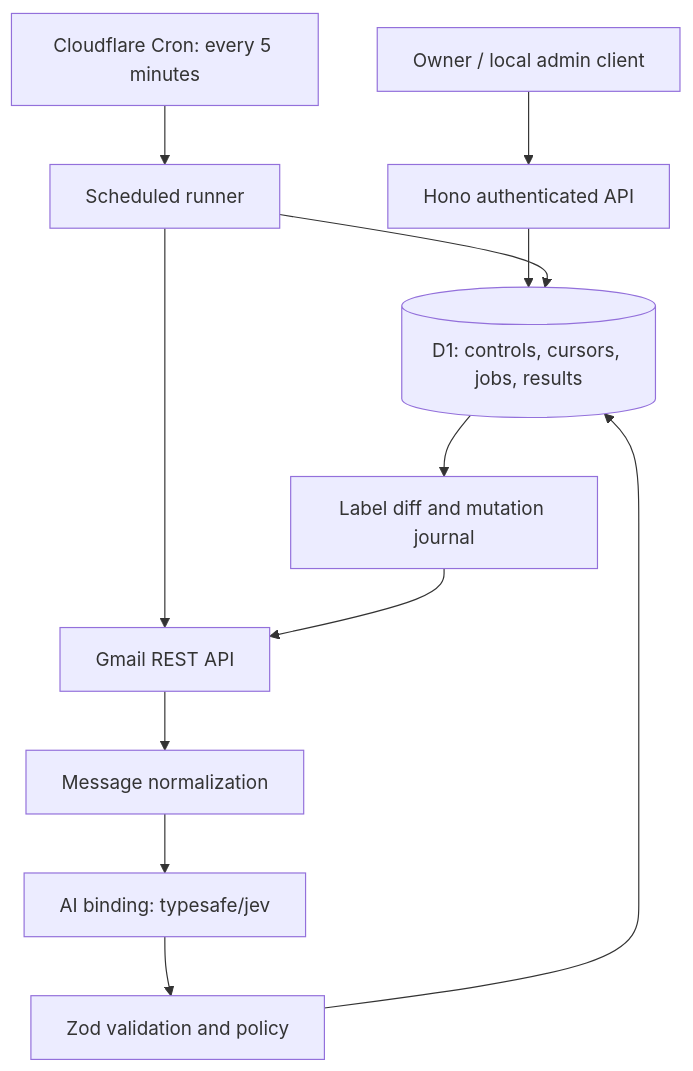
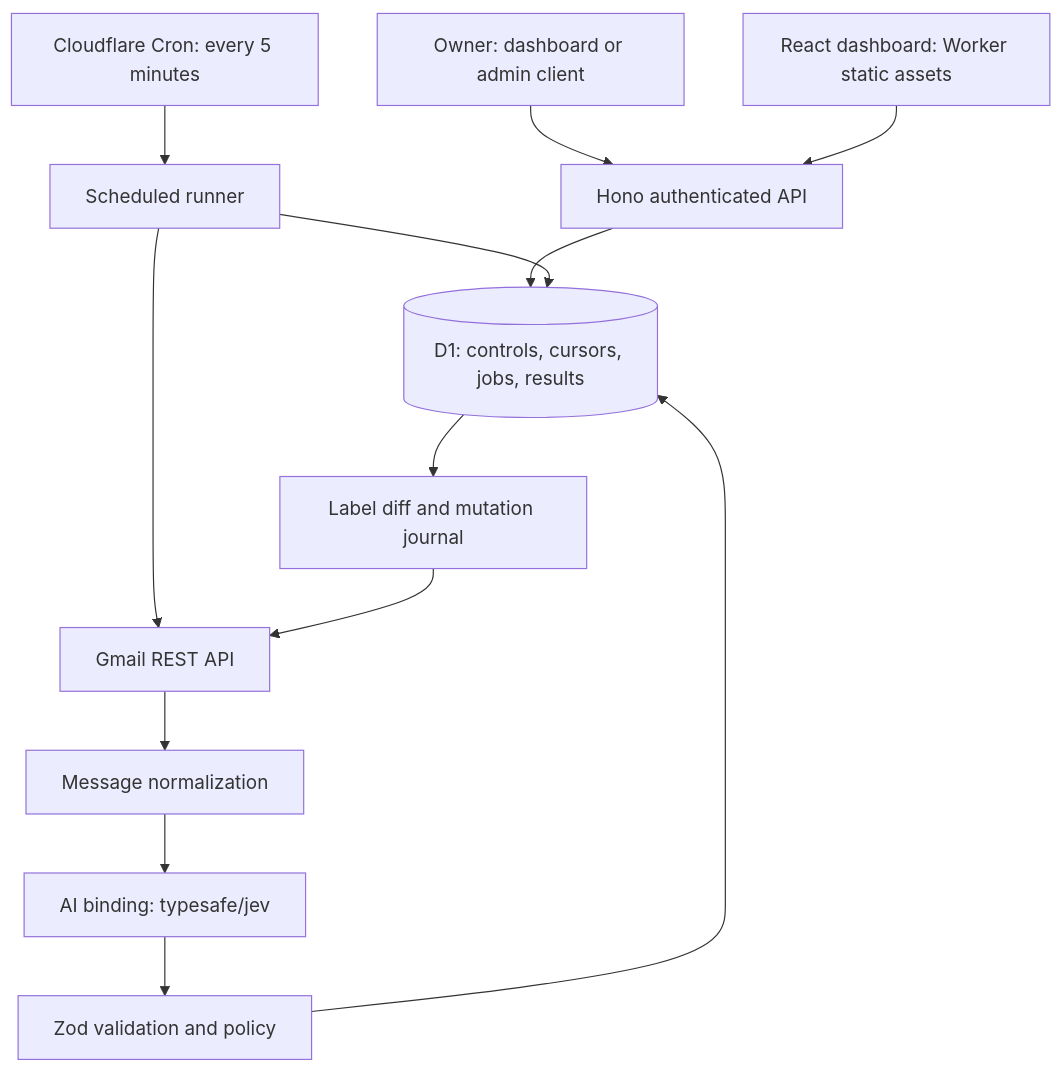
The diagram in docs/ARCHITECTURE.md (rnldsalili/email-triage-badi), drawn with Mermaid before and after one commit. The commit also changed other lines of this file and 240 other files, not shown here.

````diff
--- a/docs/ARCHITECTURE.md
+++ b/docs/ARCHITECTURE.md
@@ -5,14 +5,15 @@
 ```mermaid
 flowchart TD
   Cron[Cloudflare Cron: every 5 minutes] --> Runner[Scheduled runner]
-  Owner[Owner / local admin client] --> API[Hono authenticated API]
+  Owner[Owner: dashboard or admin client] --> API[Hono authenticated API]
   API --> DB[(D1: controls, cursors, jobs, results)]
   Runner --> DB
   Runner --> Gmail[Gmail REST API]
   Gmail --> Normalize[Message normalization]
   Normalize --> Jev[AI binding: typesafe/jev]
   Jev --> Validate[Zod validation and policy]
   Validate --> DB
   DB --> Apply[Label diff and mutation journal]
   Apply --> Gmail
+  Dashboard[React dashboard: Worker static assets] --> API
 ```
````
